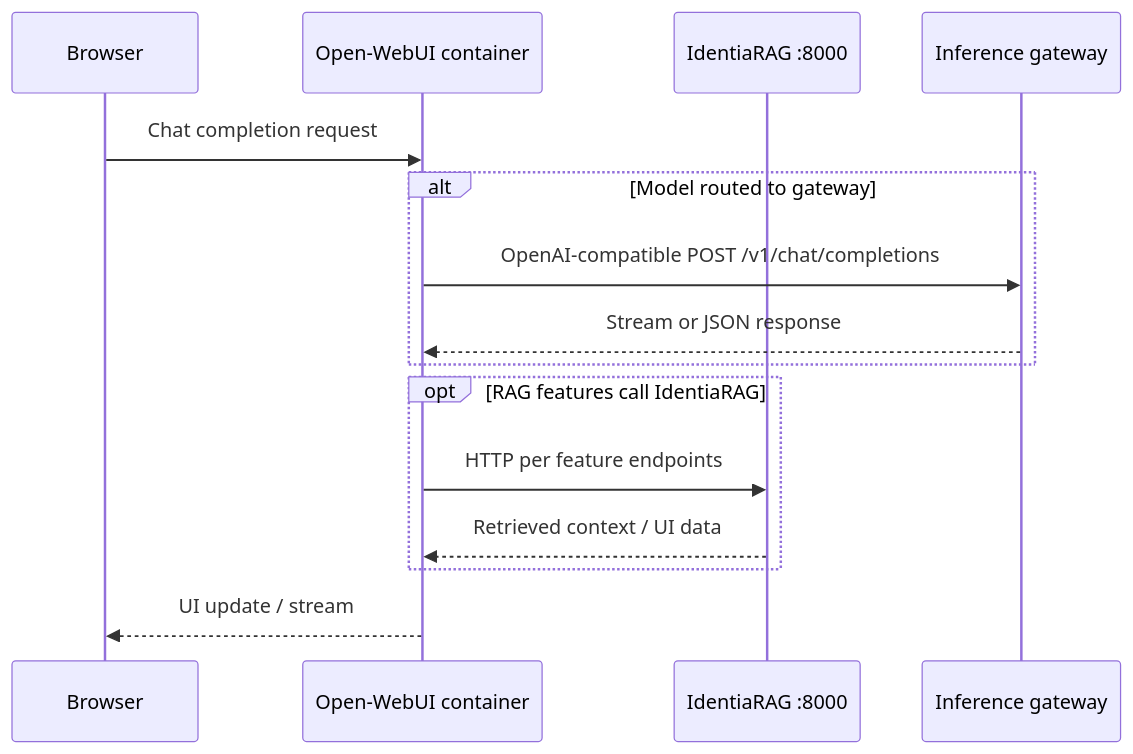
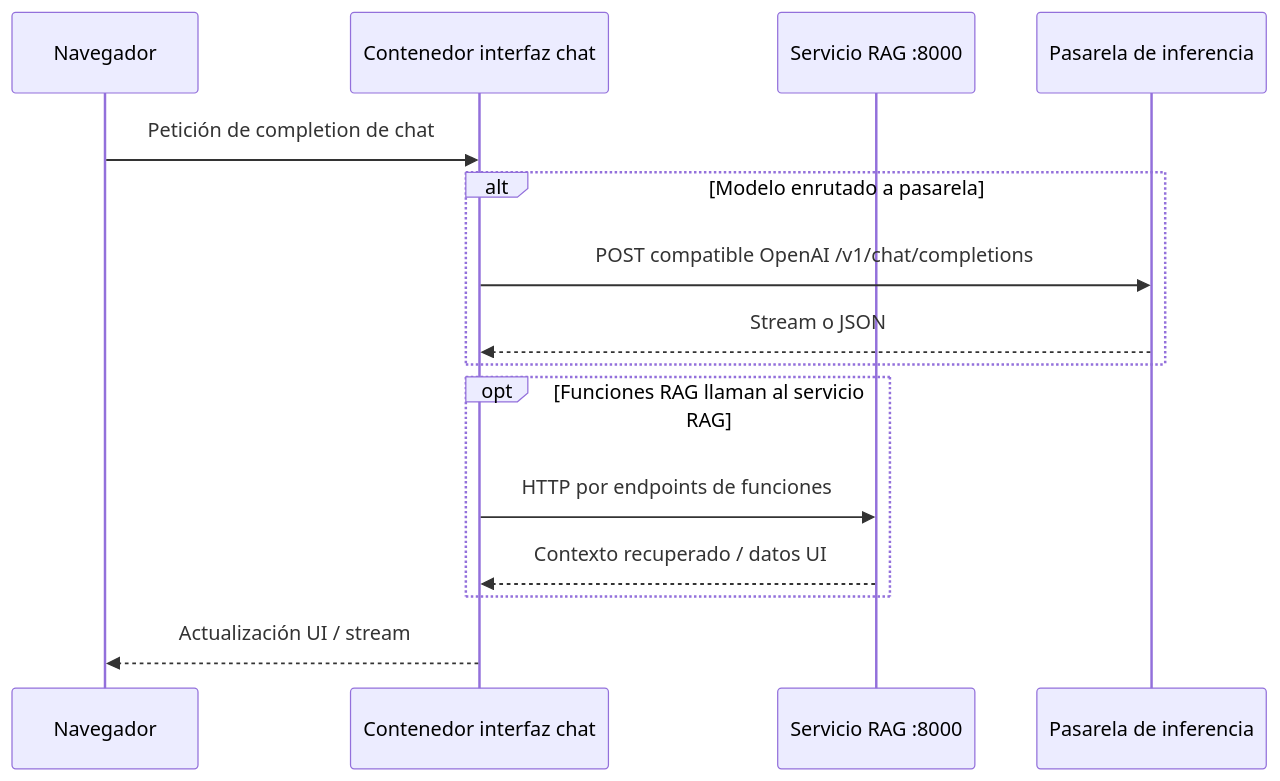
The second of 2 diagrams in docs/as-built/open-webui-software.md (13g4d0/docu-es), drawn with Mermaid before and after one commit. The commit also changed other lines of this file and 38 other files, not shown here.

````diff
--- a/docs/as-built/open-webui-software.md
+++ b/docs/as-built/open-webui-software.md
@@ -36,18 +36,18 @@
 ```mermaid
 sequenceDiagram
-  participant B as Browser
-  participant W as Open-WebUI container
-  participant R as IdentiaRAG :8000
-  participant G as Inference gateway
+  participant B as Navegador
+  participant W as Contenedor interfaz chat
+  participant R as Servicio RAG :8000
+  participant G as Pasarela de inferencia
 
-  B->>W: Chat completion request
-  alt Model routed to gateway
-    W->>G: OpenAI-compatible POST /v1/chat/completions
-    G-->>W: Stream or JSON response
+  B->>W: Petición de completion de chat
+  alt Modelo enrutado a pasarela
+    W->>G: POST compatible OpenAI /v1/chat/completions
+    G-->>W: Stream o JSON
   end
-  opt RAG features call IdentiaRAG
-    W->>R: HTTP per feature endpoints
-    R-->>W: Retrieved context / UI data
+  opt Funciones RAG llaman al servicio RAG
+    W->>R: HTTP por endpoints de funciones
+    R-->>W: Contexto recuperado / datos UI
   end
-  W-->>B: UI update / stream
+  W-->>B: Actualización UI / stream
 ```
````
